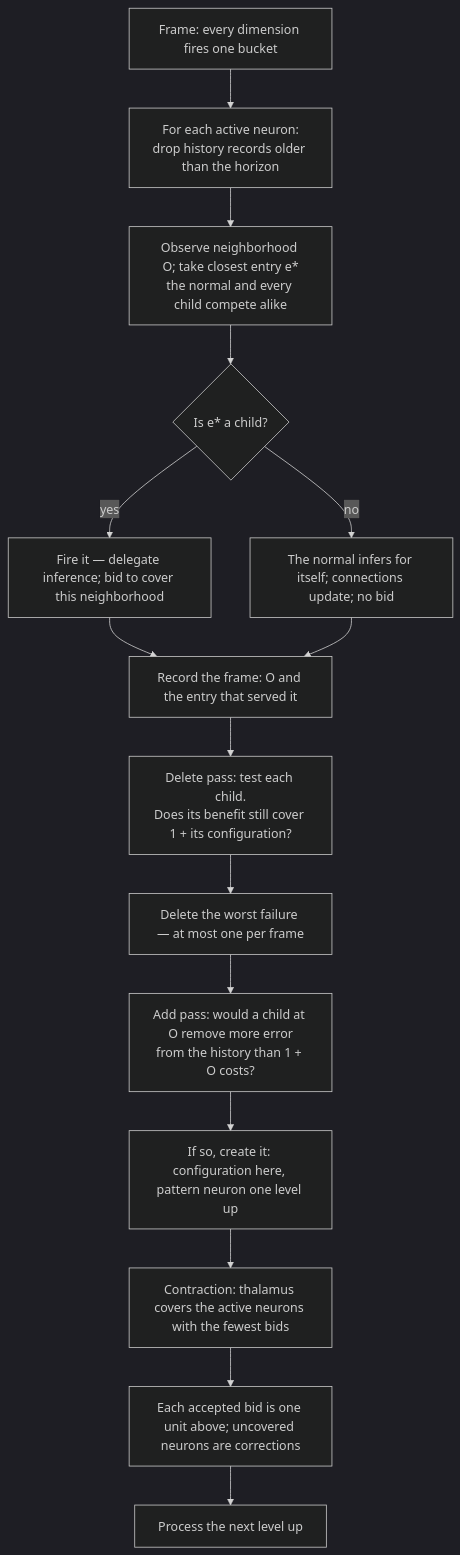
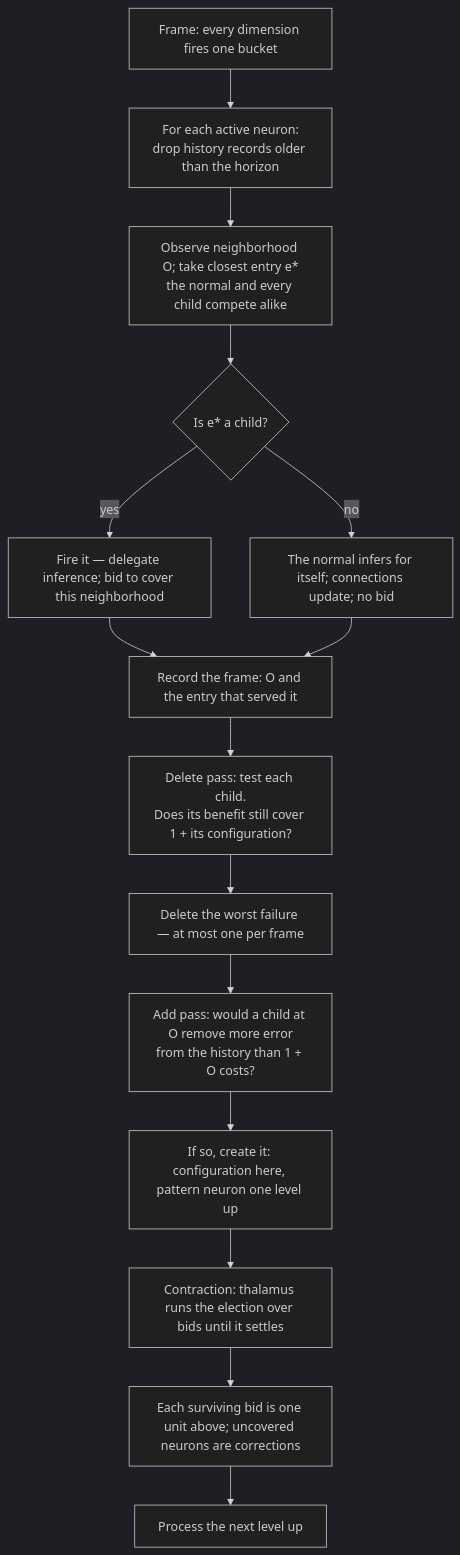
The diagram in docs/algorithm.md (cucar/robot_brain), drawn with Mermaid (dark theme) before and after one commit. The commit also changed other lines of this file, not shown here.

````diff
--- a/docs/algorithm.md
+++ b/docs/algorithm.md
@@ -525,17 +536,17 @@
 ```mermaid
 flowchart TD
     A["Frame: every dimension fires one bucket"] --> B["For each active neuron:<br/>drop history records older than the horizon"]
     B --> C["Observe neighborhood O; take closest entry e*<br/>the normal and every child compete alike"]
     C --> D{"Is e* a child?"}
     D -->|yes| E["Fire it — delegate inference; bid to cover this neighborhood"]
     D -->|no| F["The normal infers for itself; connections update; no bid"]
     E --> G["Record the frame: O and the entry that served it"]
     F --> G
     G --> H["Delete pass: test each child.<br/>Does its benefit still cover 1 + its configuration?"]
     H --> I["Delete the worst failure — at most one per frame"]
     I --> J["Add pass: would a child at O remove more error<br/>from the history than 1 + O costs?"]
     J --> K["If so, create it: configuration here, pattern neuron one level up"]
-    K --> L["Contraction: thalamus covers the active neurons with the fewest bids"]
-    L --> M["Each accepted bid is one unit above; uncovered neurons are corrections"]
+    K --> L["Contraction: thalamus runs the election over bids until it settles"]
+    L --> M["Each surviving bid is one unit above; uncovered neurons are corrections"]
     M --> N["Process the next level up"]
 ```
````
